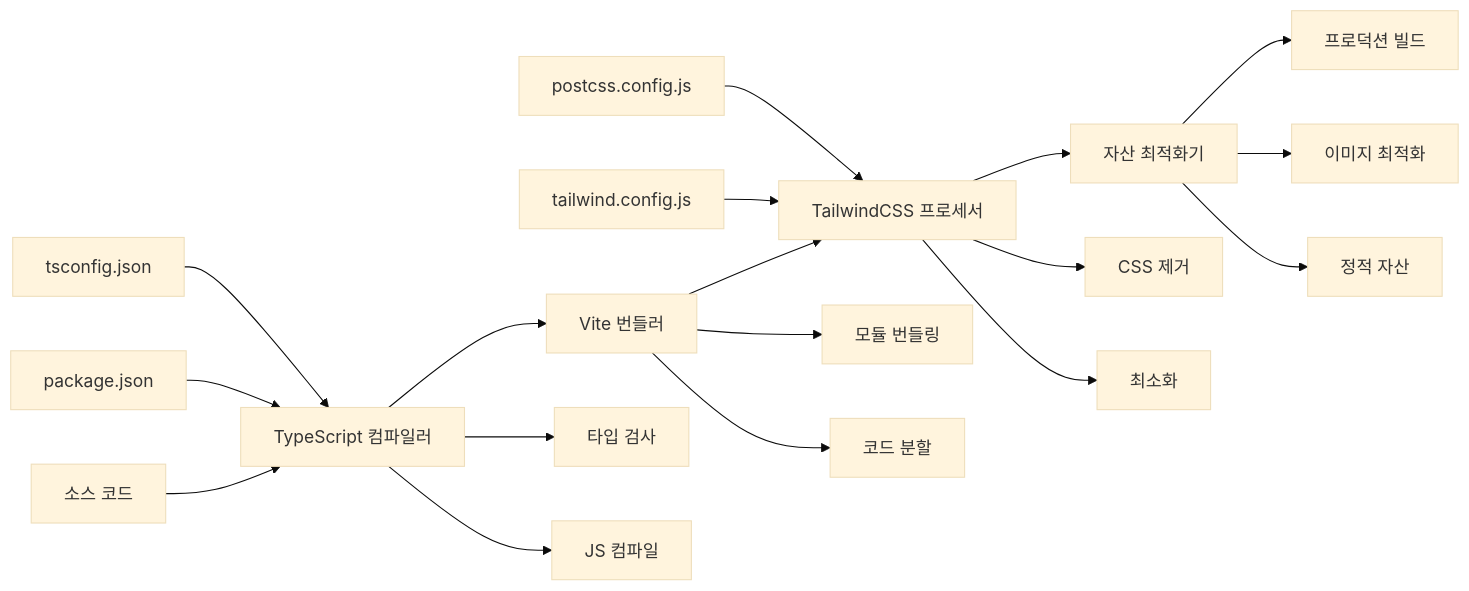
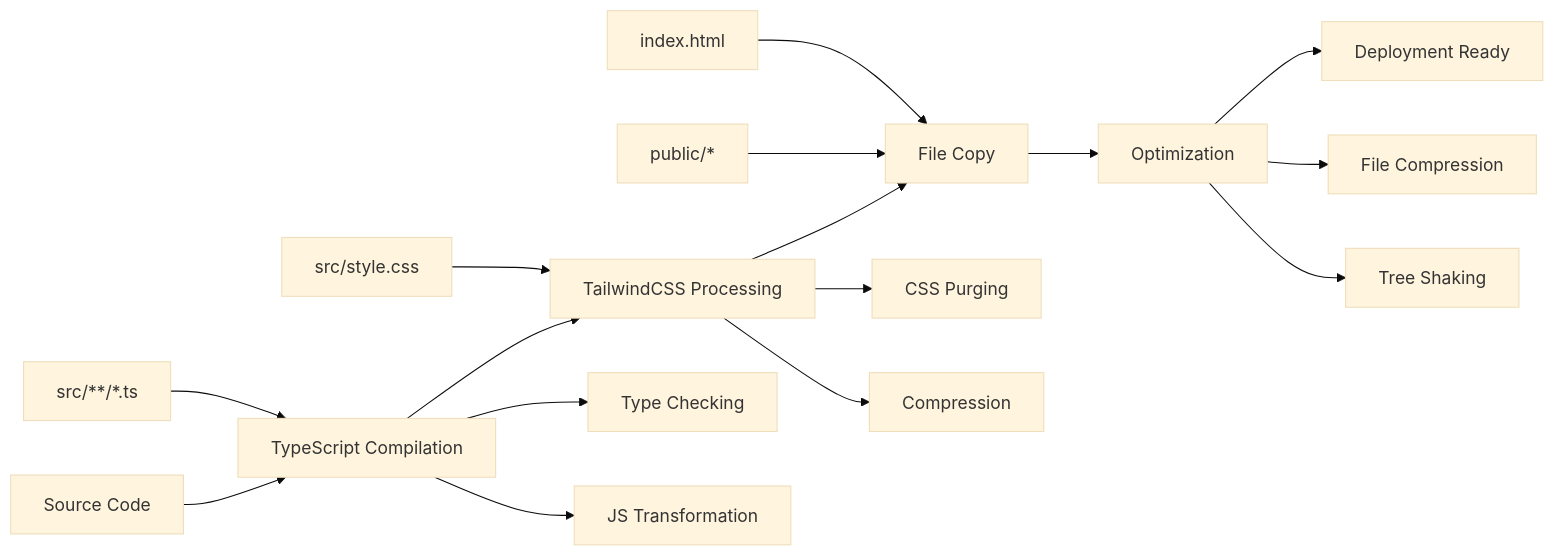
One commit to pong42-dev/ft_transcendence changed the fourth of 4 diagrams in docs/front-docs/project-overview-architecture.md. Above: the diagram before and after it, drawn with Mermaid (base theme). The commit also changed other lines of this file and 5 other files, not shown here.

Commit message:
chore: Remove internationalization guide and update project overview and architecture documentation to reflect new project name, features, and architecture details for ft_transcendence.

````diff
--- a/docs/front-docs/project-overview-architecture.md
+++ b/docs/front-docs/project-overview-architecture.md
@@ -275,22 +456,20 @@
 ```mermaid
 graph LR
-    A[소스 코드] --> B[TypeScript 컴파일러]
-    B --> C[Vite 번들러]
-    C --> D[TailwindCSS 프로세서]
-    D --> E[자산 최적화기]
-    E --> F[프로덕션 빌드]
+    A[Source Code] --> B[TypeScript Compilation]
+    B --> C[TailwindCSS Processing]
+    C --> D[File Copy]
+    D --> E[Optimization]
+    E --> F[Deployment Ready]
     
-    G[package.json] --> B
-    H[tsconfig.json] --> B
-    I[tailwind.config.js] --> D
-    J[postcss.config.js] --> D
+    G[src/**/*.ts] --> B
+    H[src/style.css] --> C
+    I[public/*] --> D
+    J[index.html] --> D
     
-    B --> B1[타입 검사]
-    B --> B2[JS 컴파일]
-    C --> C1[모듈 번들링]
-    C --> C2[코드 분할]
-    D --> D1[CSS 제거]
-    D --> D2[최소화]
-    E --> E1[이미지 최적화]
-    E --> E2[정적 자산]
+    B --> B1[Type Checking]
+    B --> B2[JS Transformation]
+    C --> C1[CSS Purging]
+    C --> C2[Compression]
+    E --> E1[File Compression]
+    E --> E2[Tree Shaking]
 ```
````
